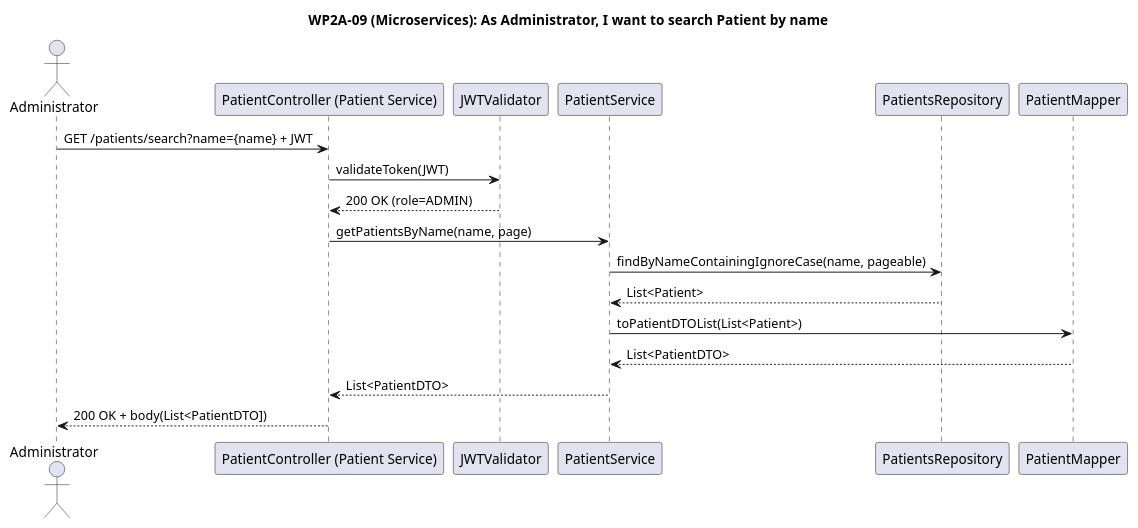
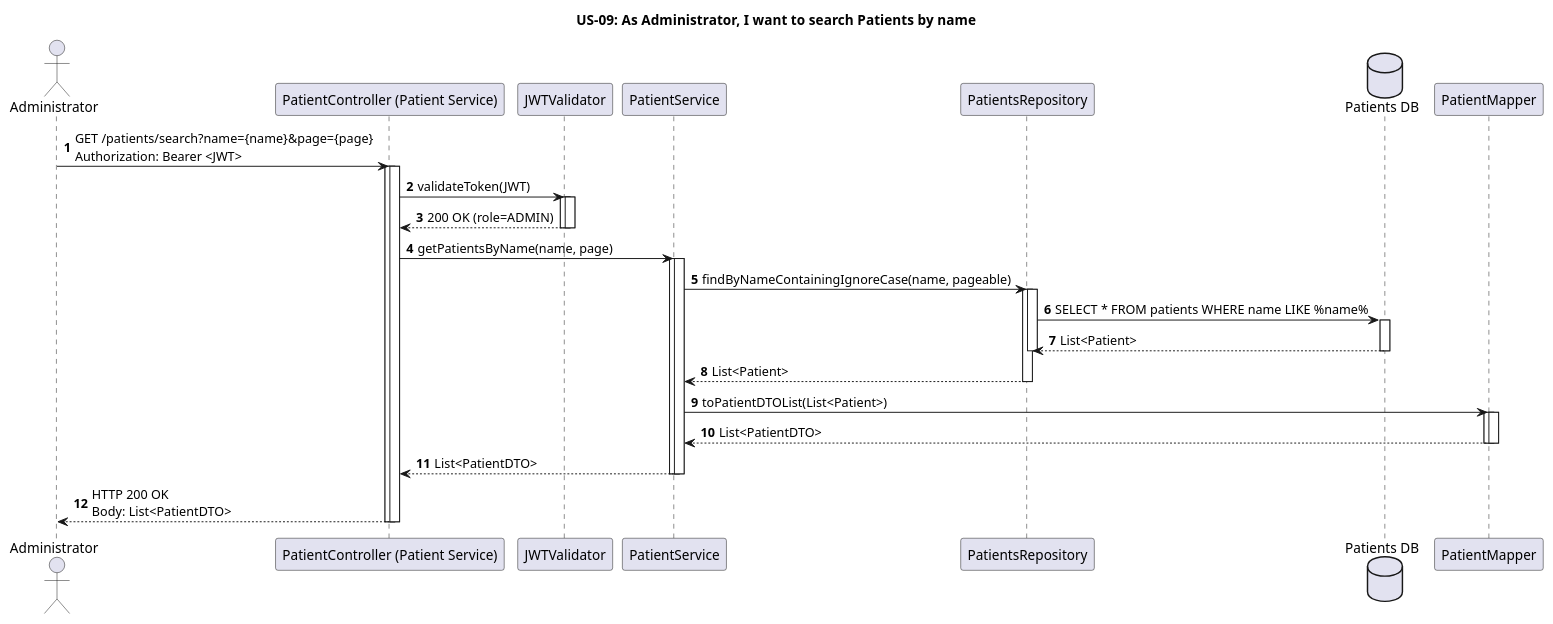
The diagram in docs/WP#2A/US-09.puml (1211104/PROJ_SIDIS2025), drawn with PlantUML before and after one commit. The commit also changed 6 other files, not shown here.

```diff
--- a/docs/WP#2A/US-09.puml
+++ b/docs/WP#2A/US-09.puml
@@ -1,22 +1,46 @@
-@startuml
-title WP2A-09 (Microservices): As Administrator, I want to search Patient by name
+@startuml US09_Search_Patient_By_Name_Microservices
+'https://plantuml.com/sequence-diagram
+title US-09: As Administrator, I want to search Patients by name
 
-actor Administrator
-participant "PatientController (Patient Service)" as controller
-participant "JWTValidator" as jwt
-participant "PatientService" as service
-participant "PatientsRepository" as repo
-participant "PatientMapper" as mapper
+autonumber
+autoactivate on
 
-Administrator -> controller : GET /patients/search?name={name} + JWT
-controller -> jwt : validateToken(JWT)
-jwt --> controller : 200 OK (role=ADMIN)
+actor "Administrator" as Admin
+participant "PatientController (Patient Service)" as Controller
+participant "JWTValidator" as JWT
+participant "PatientService" as Service
+participant "PatientsRepository" as Repo
+database "Patients DB" as DB
+participant "PatientMapper" as Mapper
 
-controller -> service : getPatientsByName(name, page)
-service -> repo : findByNameContainingIgnoreCase(name, pageable)
-repo --> service : List<Patient>
-service -> mapper : toPatientDTOList(List<Patient>)
-mapper --> service : List<PatientDTO>
-service --> controller : List<PatientDTO>
-controller --> Administrator : 200 OK + body(List<PatientDTO])
+Admin -> Controller : GET /patients/search?name={name}&page={page}\nAuthorization: Bearer <JWT>
+activate Controller
+
+Controller -> JWT : validateToken(JWT)
+activate JWT
+JWT --> Controller : 200 OK (role=ADMIN)
+deactivate JWT
+
+Controller -> Service : getPatientsByName(name, page)
+activate Service
+
+Service -> Repo : findByNameContainingIgnoreCase(name, pageable)
+activate Repo
+Repo -> DB : SELECT * FROM patients WHERE name LIKE %name%
+DB --> Repo : List<Patient>
+deactivate Repo
+
+Repo --> Service : List<Patient>
+
+Service -> Mapper : toPatientDTOList(List<Patient>)
+activate Mapper
+Mapper --> Service : List<PatientDTO>
+deactivate Mapper
+
+Service --> Controller : List<PatientDTO>
+deactivate Service
+
+Controller --> Admin : HTTP 200 OK\nBody: List<PatientDTO>
+deactivate Controller
+
 @enduml
```
